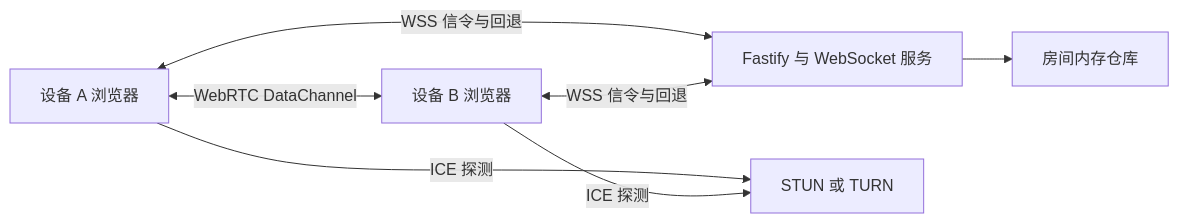
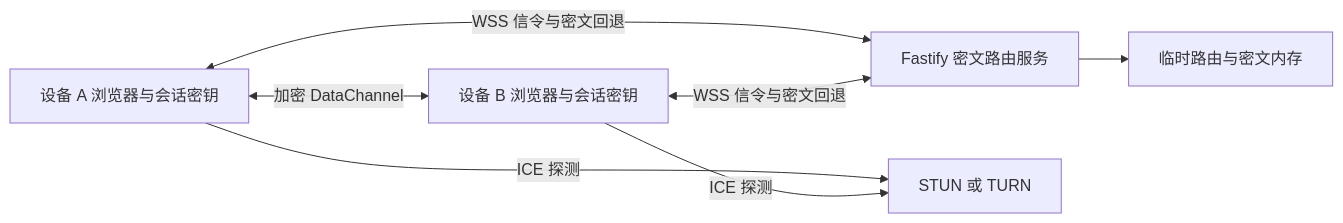
Before and after one commit to zhanghui2026/awindow: the first of 2 diagrams in .monkeycode/specs/2026-07-19-webrtc-data-transfer/design.md, drawn with Mermaid. The commit also changed other lines of this file and 34 other files, not shown here.

First line of the commit message:
feat: add WebRTC direct transfer with end-to-end encryption

````diff
--- a/.monkeycode/specs/2026-07-19-webrtc-data-transfer/design.md
+++ b/.monkeycode/specs/2026-07-19-webrtc-data-transfer/design.md
@@ -12,9 +12,9 @@
 ```mermaid
 graph LR
-    A["设备 A 浏览器"] <-->|"WebRTC DataChannel"| B["设备 B 浏览器"]
-    A <-->|"WSS 信令与回退"| C["Fastify 与 WebSocket 服务"]
-    B <-->|"WSS 信令与回退"| C
+    A["设备 A 浏览器与会话密钥"] <-->|"加密 DataChannel"| B["设备 B 浏览器与会话密钥"]
+    A <-->|"WSS 信令与密文回退"| C["Fastify 密文路由服务"]
+    B <-->|"WSS 信令与密文回退"| C
     A -->|"ICE 探测"| D["STUN 或 TURN"]
     B -->|"ICE 探测"| D
-    C --> E["房间内存仓库"]
+    C --> E["临时路由与密文内存"]
 ```
````
